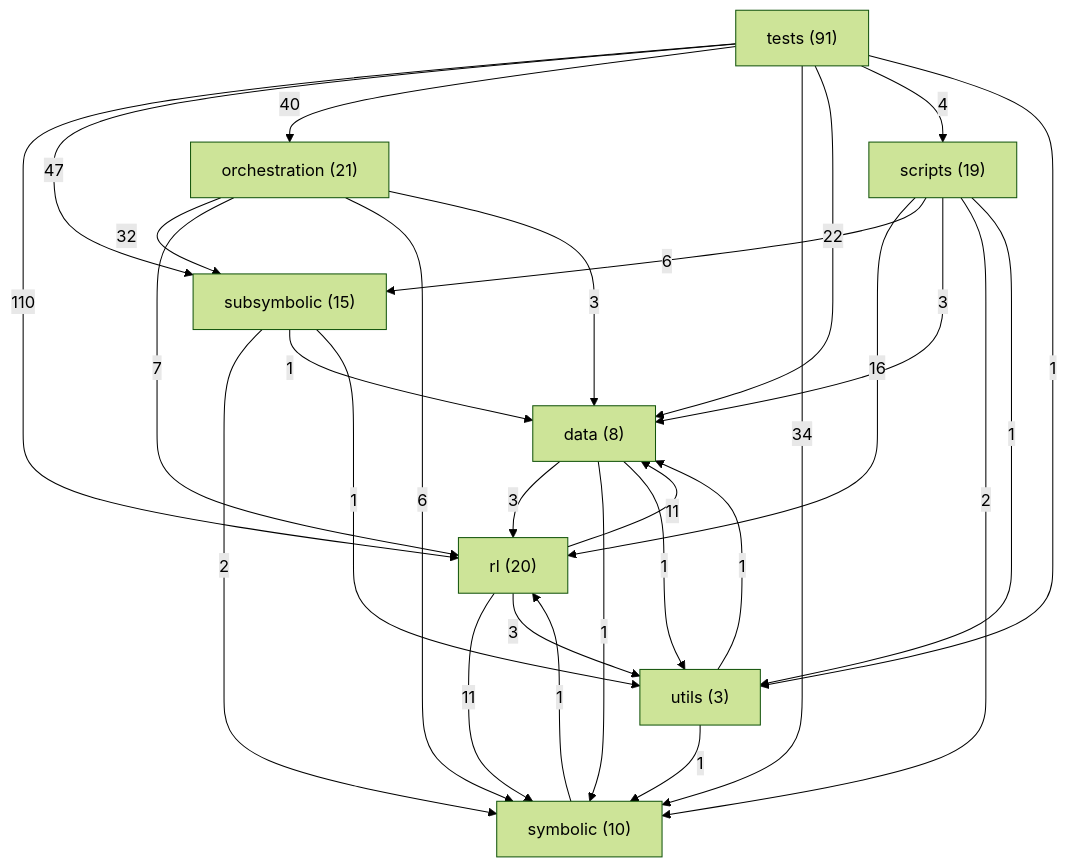
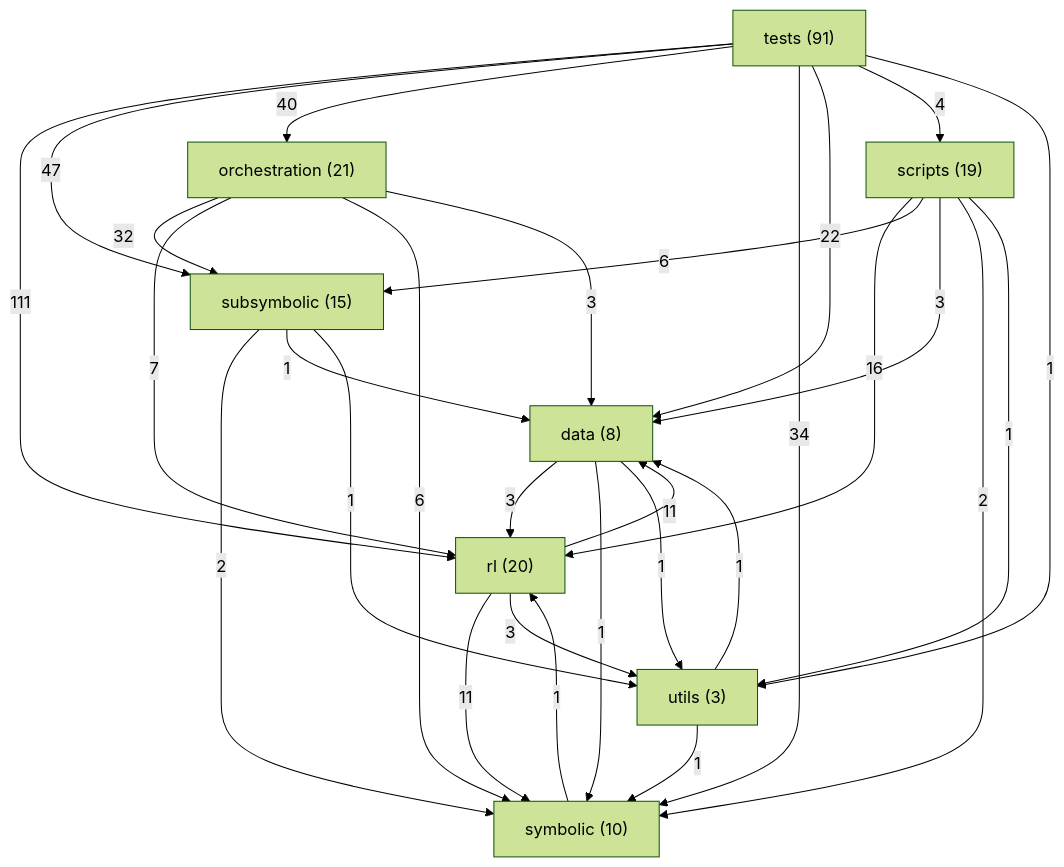
Before and after one commit to danrd/ARC-AGI: the diagram in ARCHITECTURE.md, drawn with Mermaid (forest theme). The commit also changed other lines of this file and 7 other files, not shown here.

````diff
--- a/ARCHITECTURE.md
+++ b/ARCHITECTURE.md
@@ -211,39 +211,39 @@
 ```mermaid
 graph TD
   data["data (8)"]
   orchestration["orchestration (21)"]
   rl["rl (20)"]
   scripts["scripts (19)"]
   subsymbolic["subsymbolic (15)"]
   symbolic["symbolic (10)"]
   tests["tests (91)"]
   utils["utils (3)"]
-  tests -->|110| rl
+  tests -->|111| rl
   tests -->|47| subsymbolic
   tests -->|40| orchestration
   tests -->|34| symbolic
   orchestration -->|32| subsymbolic
   tests -->|22| data
   scripts -->|16| rl
   rl -->|11| data
   rl -->|11| symbolic
   orchestration -->|7| rl
   orchestration -->|6| symbolic
   scripts -->|6| subsymbolic
   tests -->|4| scripts
   data -->|3| rl
   orchestration -->|3| data
   rl -->|3| utils
   scripts -->|3| data
   scripts -->|2| symbolic
   subsymbolic -->|2| symbolic
   data -->|1| symbolic
   data -->|1| utils
   scripts -->|1| utils
   subsymbolic -->|1| data
   subsymbolic -->|1| utils
   symbolic -->|1| rl
   tests -->|1| utils
   utils -->|1| data
   utils -->|1| symbolic
 ```
````
